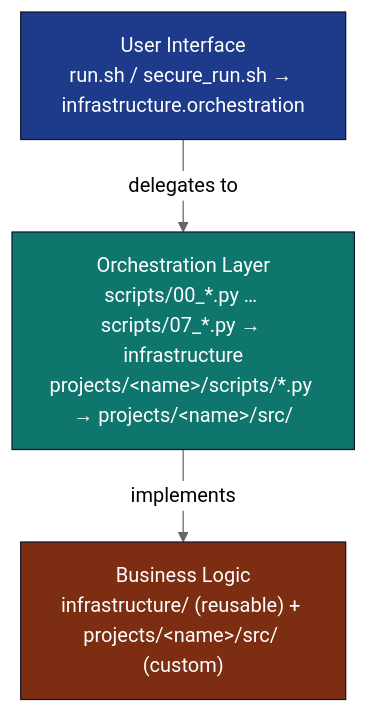
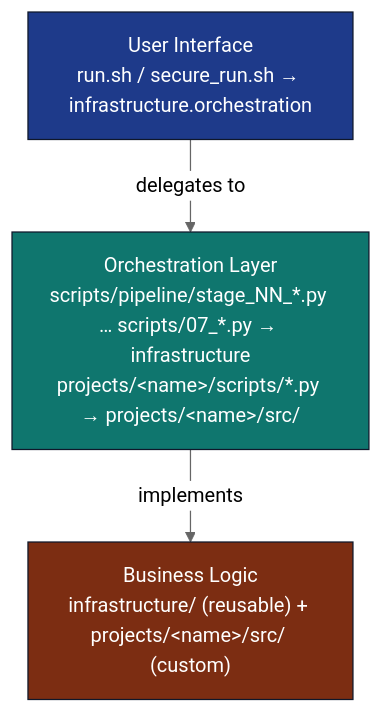
Before and after one commit to docxology/template: the first of 2 diagrams in docs/RUN_GUIDE.md, drawn with Mermaid (neutral theme). The commit also changed other lines of this file and 189 other files, not shown here.

````diff
--- a/docs/RUN_GUIDE.md
+++ b/docs/RUN_GUIDE.md
@@ -16,16 +16,16 @@
 ```mermaid
 flowchart TB
     UI["User Interface<br/>run.sh / secure_run.sh → infrastructure.orchestration"]
-    ORCH["Orchestration Layer<br/>scripts/00_*.py … scripts/07_*.py → infrastructure<br/>projects/&lt;name&gt;/scripts/*.py → projects/&lt;name&gt;/src/"]
+    ORCH["Orchestration Layer<br/>scripts/pipeline/stage_NN_*.py … scripts/07_*.py → infrastructure<br/>projects/&lt;name&gt;/scripts/*.py → projects/&lt;name&gt;/src/"]
     LOGIC["Business Logic<br/>infrastructure/ (reusable) + projects/&lt;name&gt;/src/ (custom)"]
 
     UI -- delegates to --> ORCH
     ORCH -- implements --> LOGIC
 
     classDef ui fill:#1e3a8a,stroke:#0f172a,color:#fff
     classDef orch fill:#0f766e,stroke:#0f172a,color:#fff
     classDef logic fill:#7c2d12,stroke:#0f172a,color:#fff
     class UI ui
     class ORCH orch
     class LOGIC logic
 ```
````
